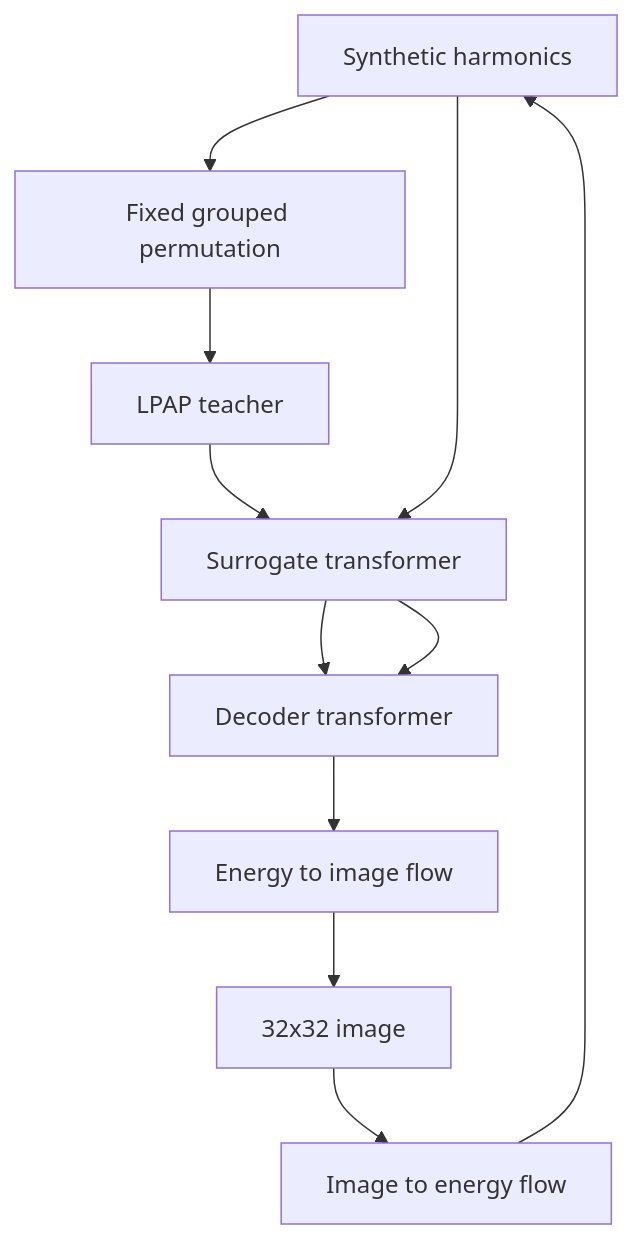
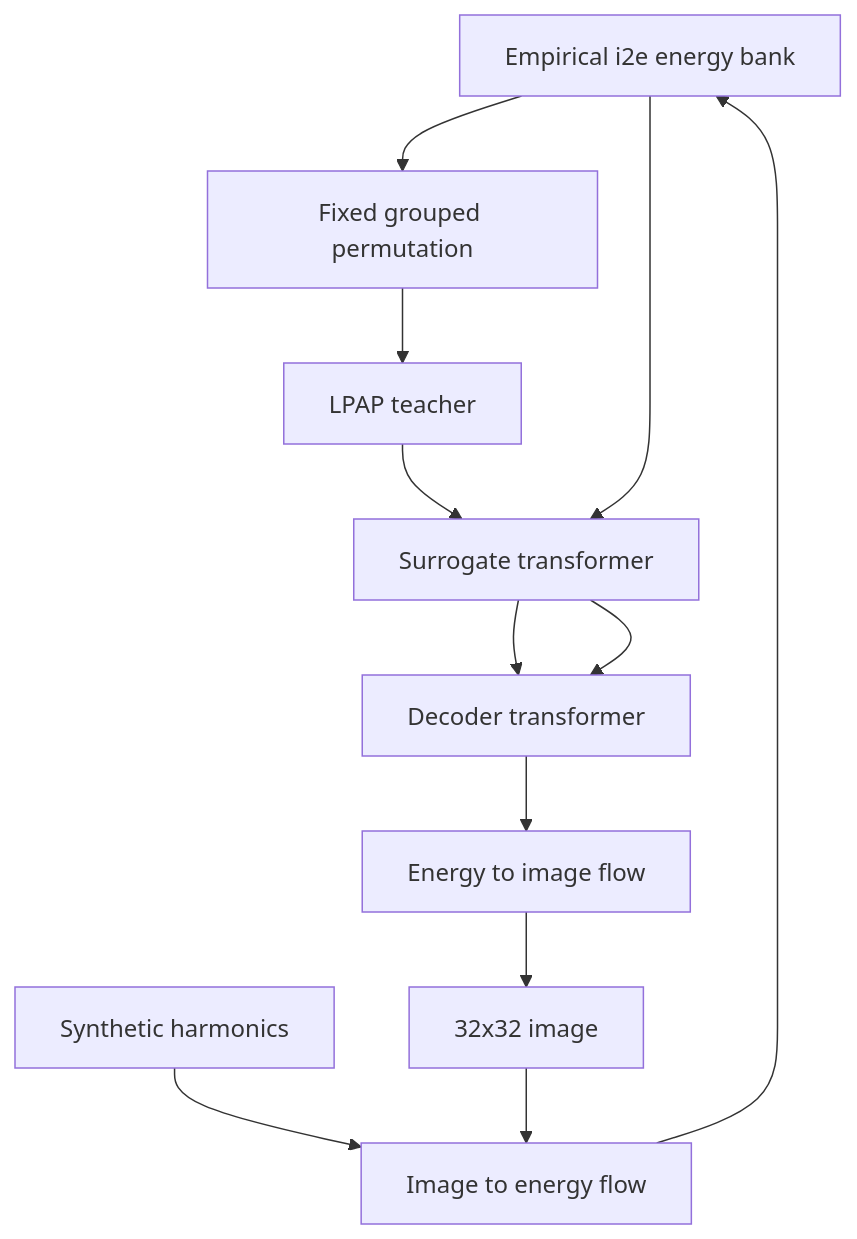
Before and after one commit to matovitch/lpap: the diagram in doc/lpap.md, drawn with Mermaid. The commit also changed other lines of this file and 36 other files, not shown here.

First line of the commit message:
Train LPAP teachers on energy banks, not harmonics.

````diff
--- a/doc/lpap.md
+++ b/doc/lpap.md
@@ -28,17 +28,19 @@
 ```mermaid
 flowchart TD
-    harmonics[Synthetic harmonics]
+    energy_bank[Empirical i2e energy bank]
     permute[Fixed grouped permutation]
     lpap[LPAP teacher]
     surrogate[Surrogate transformer]
     decoder[Decoder transformer]
     image_flow[Image to energy flow]
     reverse_flow[Energy to image flow]
     image[32x32 image]
+    harmonics[Synthetic harmonics]
 
-    harmonics --> permute --> lpap
+    energy_bank --> permute --> lpap
     lpap --> surrogate
     surrogate --> decoder
-    image --> image_flow --> harmonics
-    harmonics --> surrogate --> decoder --> reverse_flow --> image
+    harmonics --> image_flow
+    image --> image_flow --> energy_bank
+    energy_bank --> surrogate --> decoder --> reverse_flow --> image
 ```
````
